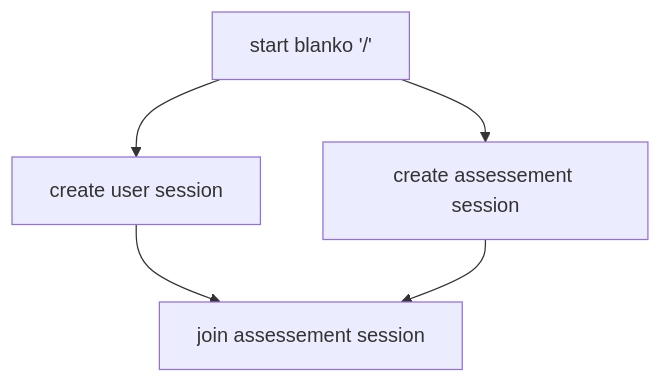
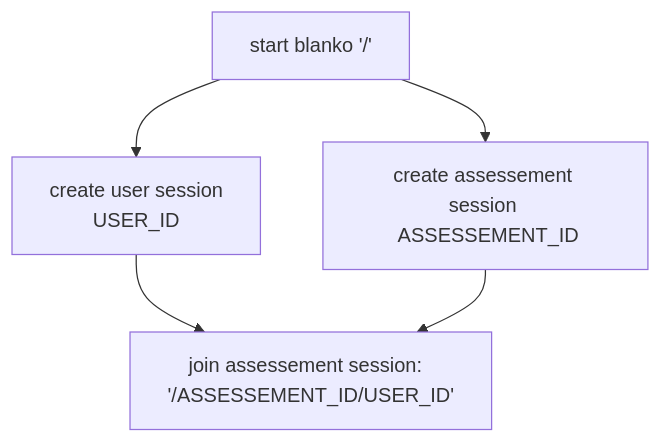
One commit to jdgemnt/jdgmnt changed the first of 2 diagrams in README.md. Above: the diagram before and after it, drawn with Mermaid.

````diff
--- a/README.md
+++ b/README.md
@@ -5,7 +5,7 @@
 ```mermaid
 flowchart TD
-   A[start blanko '/'] --> B[create user session]
-   A --> C[create assessement session]
-   B --> D[join assessement session]
+   A[start blanko '/'] --> B[create user session \n USER_ID]
+   A --> C[create assessement session \n ASSESSEMENT_ID]
+   B --> D[join assessement session:  \n'/ASSESSEMENT_ID/USER_ID']
    C --> D
 ```
````
